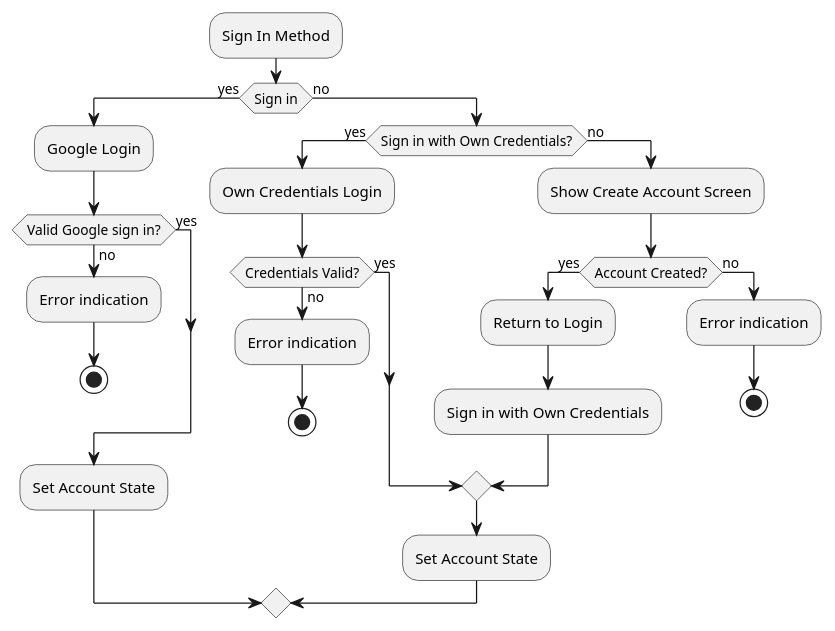
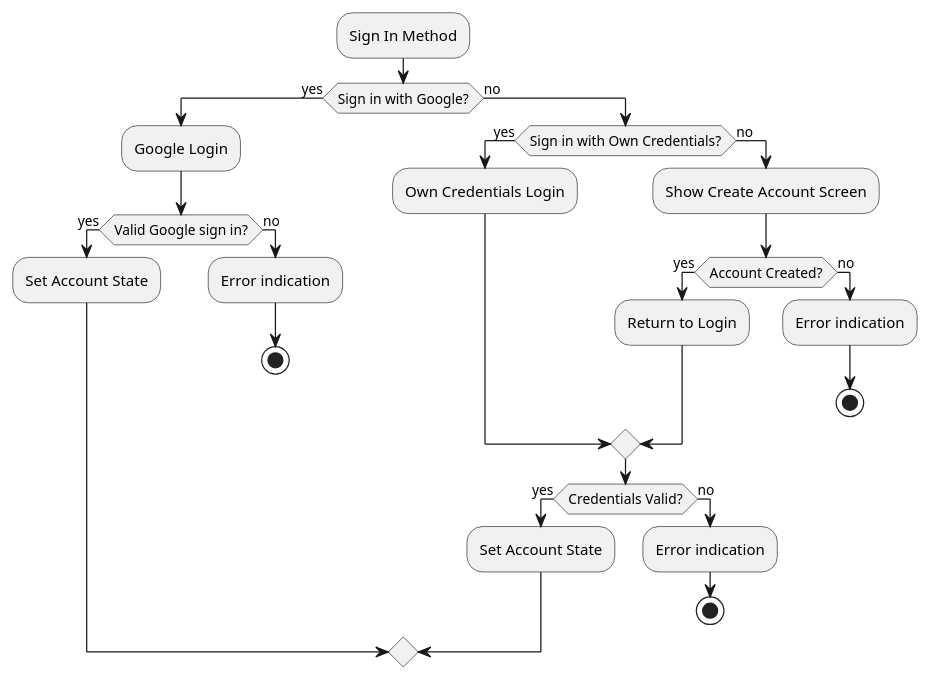
The diagram in uml/account/account.plantuml (Rasmus3liasson/webshop), drawn with PlantUML before and after one commit. The commit also changed 4 other files, not shown here.

Commit message:
changed uml

```diff
--- a/uml/account/account.plantuml
+++ b/uml/account/account.plantuml
@@ -1,34 +1,35 @@
 @startuml Account
 
 |User|
 :Sign In Method;
-if (Sign in) then (yes)
+
+if (Sign in with Google?) then (yes)
     :Google Login;
     if (Valid Google sign in?) then (yes)
+        :Set Account State;
     else (no)
         :Error indication; 
         stop
     endif
-    :Set Account State;
 else (no)
     if (Sign in with Own Credentials?) then (yes)
         :Own Credentials Login;
-        if (Credentials Valid?) then (yes)
-        else (no)
-            :Error indication; 
-            stop
-        endif
     else (no)
         :Show Create Account Screen;
         if (Account Created?) then (yes)
             :Return to Login;
-            :Sign in with Own Credentials;
         else (no)
             :Error indication;
             stop
         endif
     endif
-      :Set Account State;
+    
+    if (Credentials Valid?) then (yes)
+        :Set Account State;
+    else (no)
+        :Error indication; 
+        stop
+    endif
 endif
 
 @enduml
```
